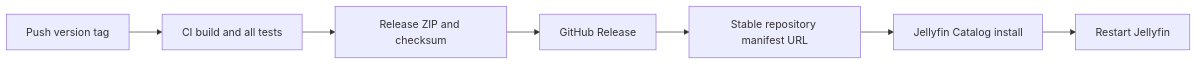
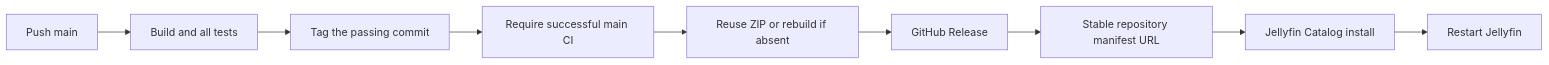
The diagram in doc/installation.md (Heehaaw/jellyfin-plugin-transmission-streaming), drawn with Mermaid before and after one commit. The commit also changed other lines of this file and 8 other files, not shown here.

First line of the commit message:
Publish verified CI artifacts without rerunning release tests

````diff
--- a/doc/installation.md
+++ b/doc/installation.md
@@ -47,9 +47,11 @@
 ```mermaid
 flowchart LR
-    T[Push version tag] --> C[CI build and all tests]
-    C --> Z[Release ZIP and checksum]
+    P[Push main] --> C[Build and all tests]
+    C --> T[Tag the passing commit]
+    T --> V[Require successful main CI]
+    V --> Z[Reuse ZIP or rebuild if absent]
     Z --> R[GitHub Release]
     R --> M[Stable repository manifest URL]
     M --> J[Jellyfin Catalog install]
     J --> S[Restart Jellyfin]
 ```
````
